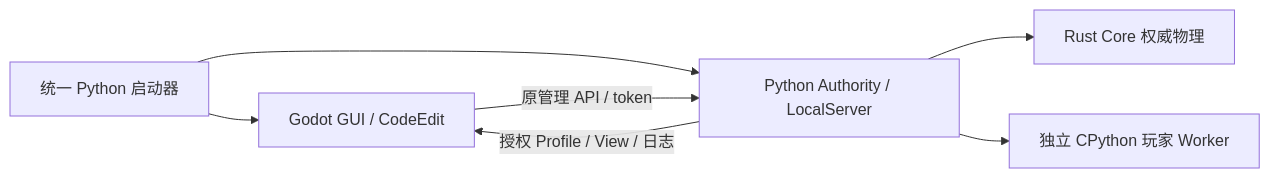
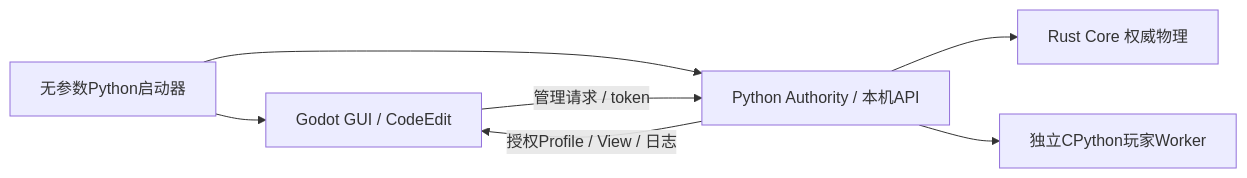
The diagram in docs/44_GODOT_DESKTOP_CLIENT.md (Yangyongyu0506/TankBot), drawn with Mermaid before and after one commit. The commit also changed other lines of this file and 177 other files, not shown here.

````diff
--- a/docs/44_GODOT_DESKTOP_CLIENT.md
+++ b/docs/44_GODOT_DESKTOP_CLIENT.md
@@ -9,9 +11,9 @@
 ```mermaid
 flowchart LR
-    L[统一 Python 启动器] --> G[Godot GUI / CodeEdit]
-    L --> A[Python Authority / LocalServer]
+    L[无参数Python启动器] --> G[Godot GUI / CodeEdit]
+    L --> A[Python Authority / 本机API]
     A --> C[Rust Core 权威物理]
-    A --> P[独立 CPython 玩家 Worker]
-    G -->|原管理 API / token| A
-    A -->|授权 Profile / View / 日志| G
+    A --> P[独立CPython玩家Worker]
+    G -->|管理请求 / token| A
+    A -->|授权Profile / View / 日志| G
 ```
````
